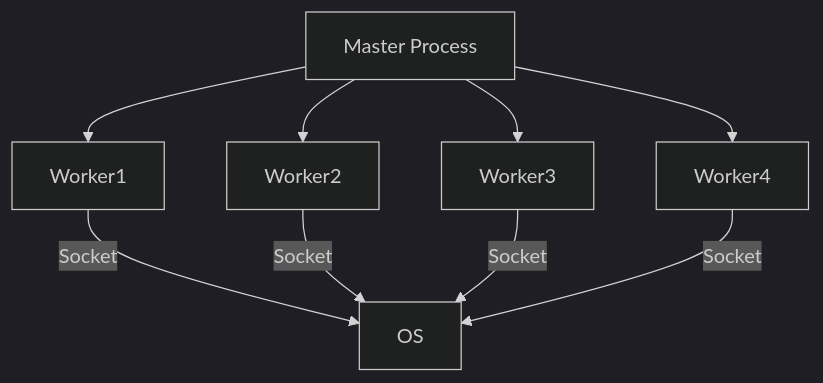
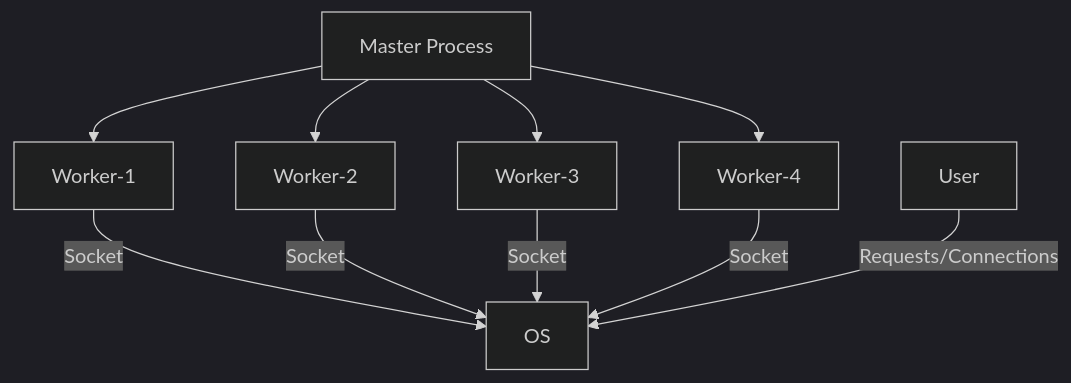
One commit to apakhbari/CheatSheets changed the diagram in Web-Server/Nginx/Nginx_cs.md. Above: the diagram before and after it, drawn with Mermaid (dark theme). The commit also changed other lines of this file, not shown here.

````diff
--- a/Web-Server/Nginx/Nginx_cs.md
+++ b/Web-Server/Nginx/Nginx_cs.md
@@ -42,11 +37,12 @@
 ```mermaid
 graph TD;
 A[Master Process]-->B[Worker-1];
 A[Master Process]-->C[Worker-2];
 A[Master Process]-->D[Worker-3];
 A[Master Process]-->F[Worker-4];
-B[Worker1]-- Socket -->G[OS];
-C[Worker2]-- Socket -->G[OS];
-D[Worker3]-- Socket -->G[OS];
-F[Worker4]-- Socket -->G[OS];
+B[Worker-1]-- Socket -->G[OS];
+C[Worker-2]-- Socket -->G[OS];
+D[Worker-3]-- Socket -->G[OS];
+F[Worker-4]-- Socket -->G[OS];
+H[User]-- Requests/Connections --> G[OS] ;
 ```
````
